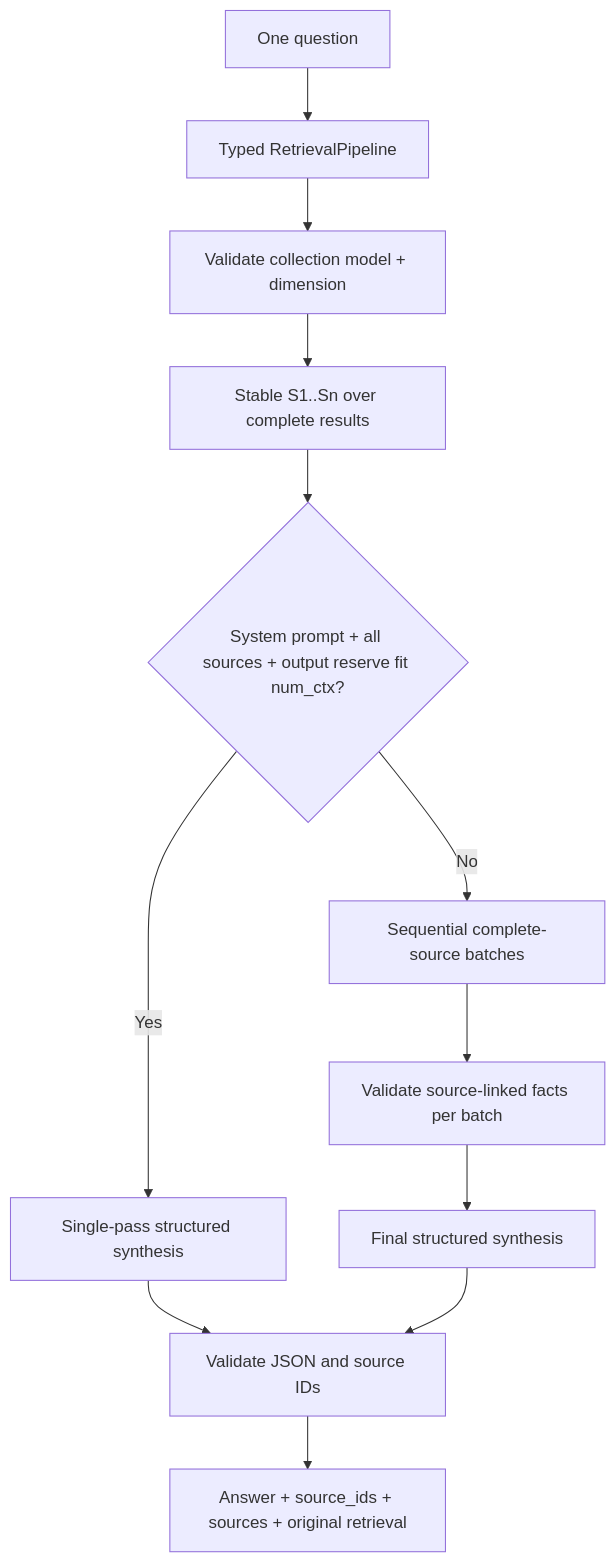
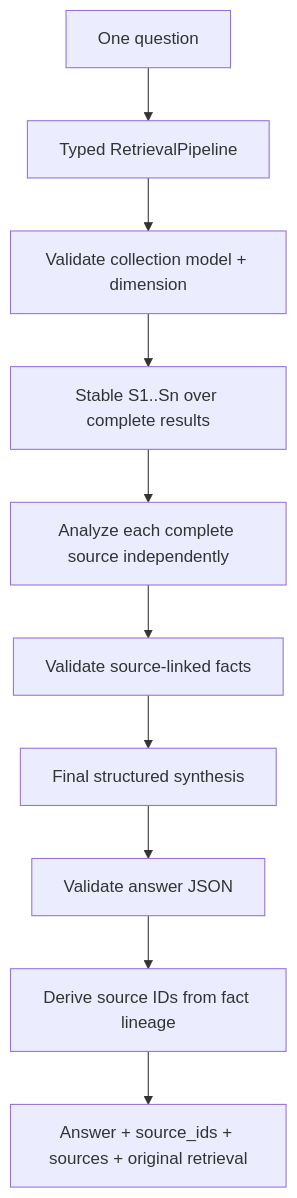
The fifth of 5 diagrams in README.md (FranRguezCer/RAGLab), drawn with Mermaid before and after one commit. The commit also changed other lines of this file and 2 other files, not shown here.

````diff
--- a/README.md
+++ b/README.md
@@ -541,14 +541,12 @@
 ```mermaid
 flowchart TD
     QUERY["One question"] --> RETRIEVE["Typed RetrievalPipeline"]
     RETRIEVE --> CHECK["Validate collection model + dimension"]
     CHECK --> SOURCES["Stable S1..Sn over complete results"]
-    SOURCES --> FIT{"System prompt + all sources + output reserve fit num_ctx?"}
-    FIT -->|Yes| SINGLE["Single-pass structured synthesis"]
-    FIT -->|No| BATCH["Sequential complete-source batches"]
-    BATCH --> FACTS["Validate source-linked facts per batch"]
+    SOURCES --> ANALYZE["Analyze each complete source independently"]
+    ANALYZE --> FACTS["Validate source-linked facts"]
     FACTS --> SYNTH["Final structured synthesis"]
-    SINGLE --> GUARD["Validate JSON and source IDs"]
-    SYNTH --> GUARD
-    GUARD --> JSON["Answer + source_ids + sources + original retrieval"]
+    SYNTH --> GUARD["Validate answer JSON"]
+    GUARD --> DERIVE["Derive source IDs from fact lineage"]
+    DERIVE --> JSON["Answer + source_ids + sources + original retrieval"]
 ```
````
